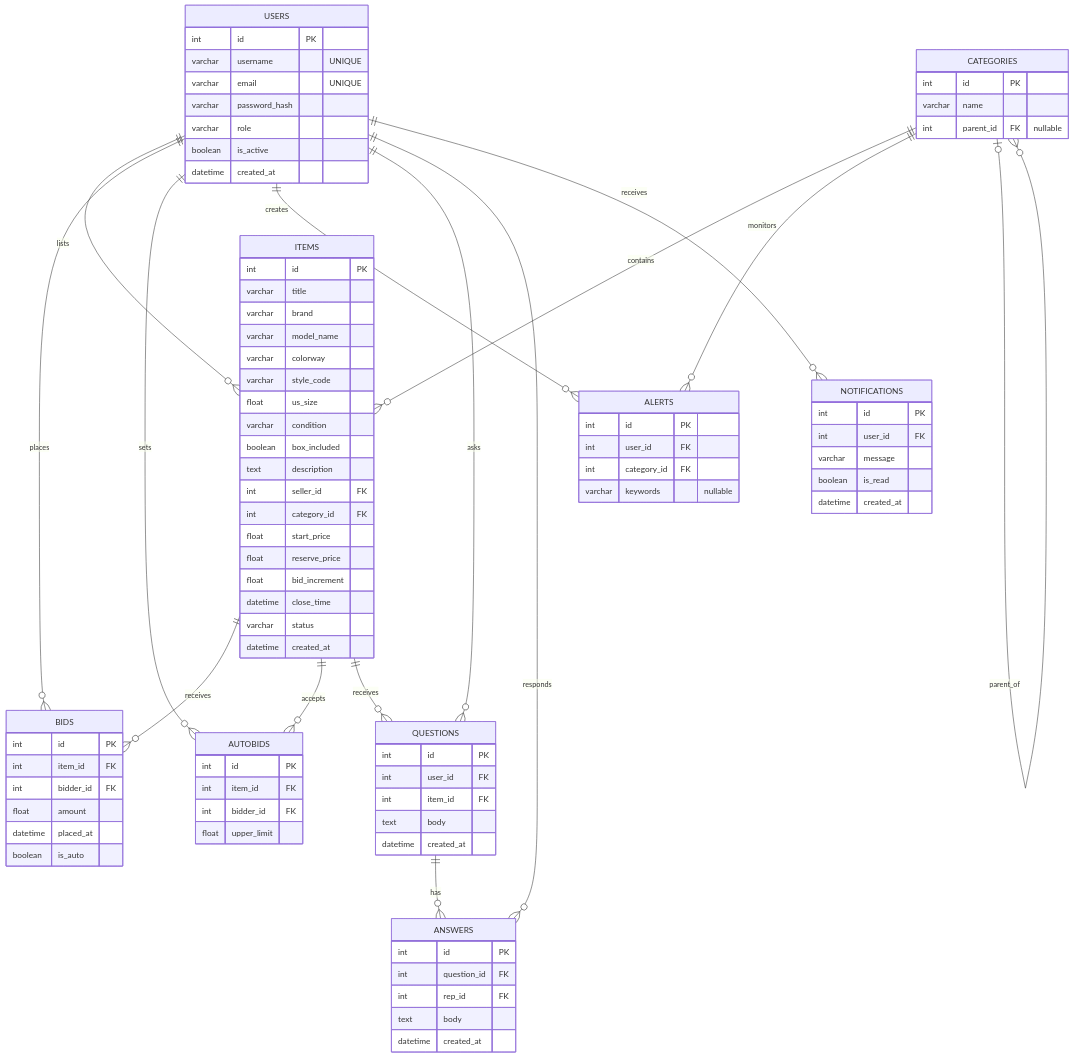
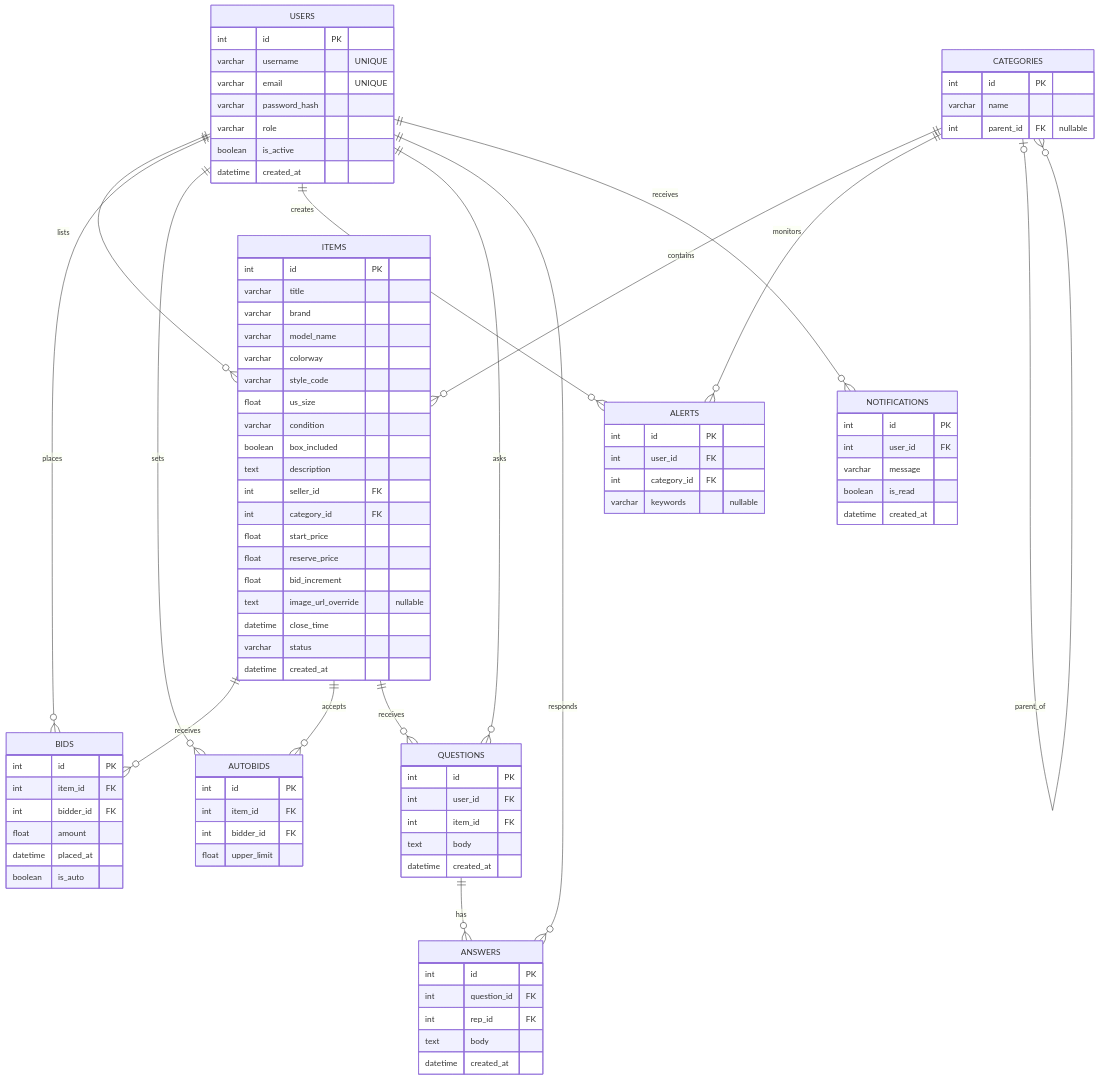
One commit to Anish0104/kicksbid changed the diagram in docs/kicksbid-er-diagram.mmd. Above: the diagram before and after it, drawn with Mermaid.

Commit message:
Update the ER diagram source

```diff
--- a/docs/kicksbid-er-diagram.mmd
+++ b/docs/kicksbid-er-diagram.mmd
@@ -1,99 +1,100 @@
 erDiagram
     USERS {
         int id PK
         varchar username "UNIQUE"
         varchar email "UNIQUE"
         varchar password_hash
         varchar role
         boolean is_active
         datetime created_at
     }
 
     CATEGORIES {
         int id PK
         varchar name
         int parent_id FK "nullable"
     }
 
     ITEMS {
         int id PK
         varchar title
         varchar brand
         varchar model_name
         varchar colorway
         varchar style_code
         float us_size
         varchar condition
         boolean box_included
         text description
         int seller_id FK
         int category_id FK
         float start_price
         float reserve_price
         float bid_increment
+        text image_url_override "nullable"
         datetime close_time
         varchar status
         datetime created_at
     }
 
     BIDS {
         int id PK
         int item_id FK
         int bidder_id FK
         float amount
         datetime placed_at
         boolean is_auto
     }
 
     AUTOBIDS {
         int id PK
         int item_id FK
         int bidder_id FK
         float upper_limit
     }
 
     ALERTS {
         int id PK
         int user_id FK
         int category_id FK
         varchar keywords "nullable"
     }
 
     QUESTIONS {
         int id PK
         int user_id FK
         int item_id FK
         text body
         datetime created_at
     }
 
     ANSWERS {
         int id PK
         int question_id FK
         int rep_id FK
         text body
         datetime created_at
     }
 
     NOTIFICATIONS {
         int id PK
         int user_id FK
         varchar message
         boolean is_read
         datetime created_at
     }
 
     USERS ||--o{ ITEMS : lists
     CATEGORIES ||--o{ ITEMS : contains
     USERS ||--o{ BIDS : places
     ITEMS ||--o{ BIDS : receives
     USERS ||--o{ AUTOBIDS : sets
     ITEMS ||--o{ AUTOBIDS : accepts
     USERS ||--o{ ALERTS : creates
     CATEGORIES ||--o{ ALERTS : monitors
     USERS ||--o{ QUESTIONS : asks
     ITEMS ||--o{ QUESTIONS : receives
     QUESTIONS ||--o{ ANSWERS : has
     USERS ||--o{ ANSWERS : responds
     USERS ||--o{ NOTIFICATIONS : receives
     CATEGORIES o|--o{ CATEGORIES : parent_of
```
